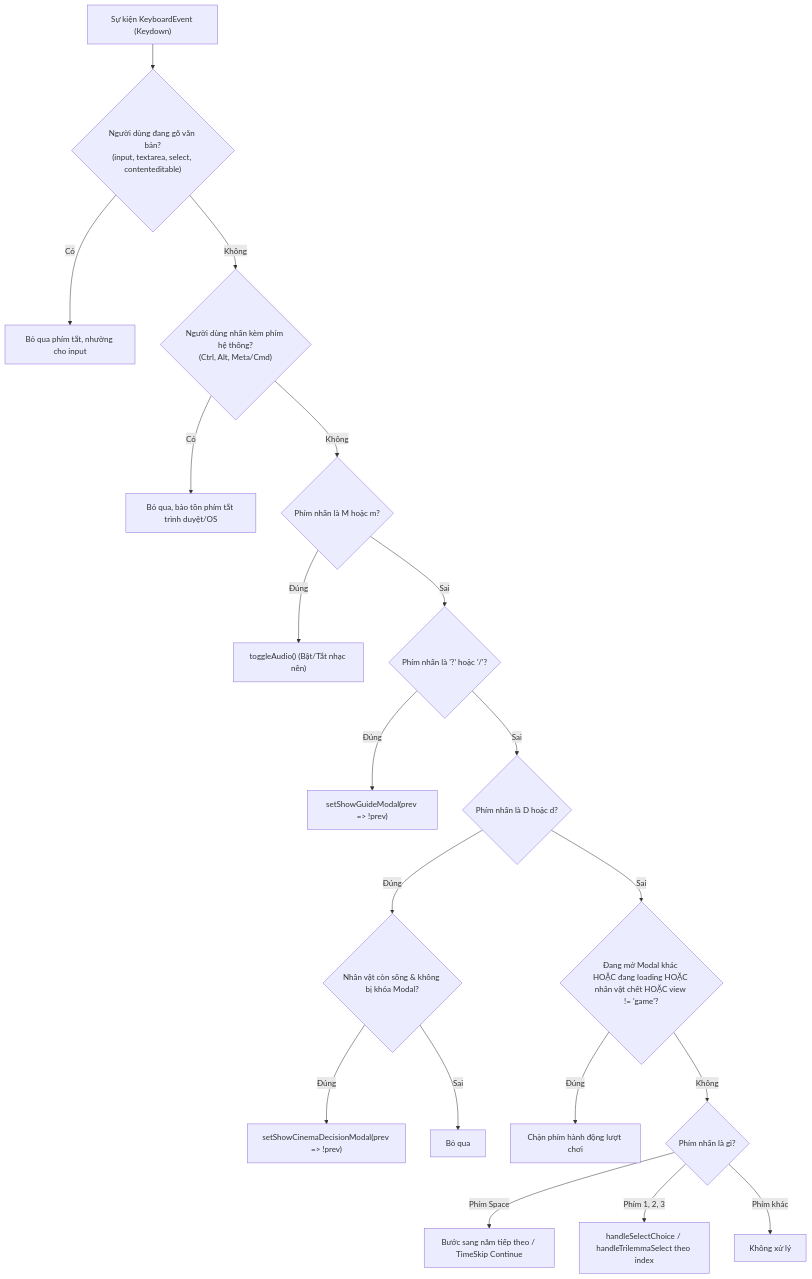
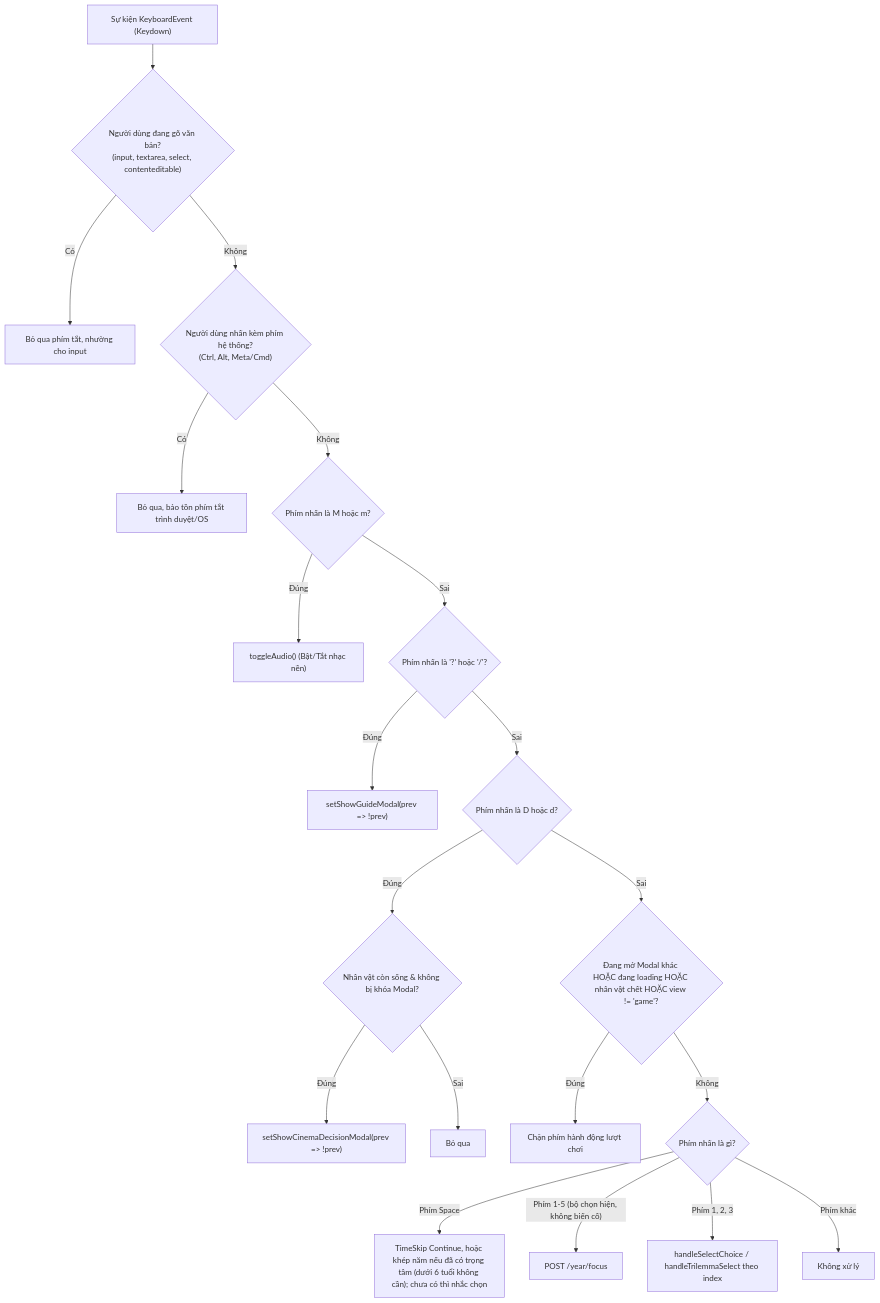
Before and after one commit to davidngo242/lifegraph: the first of 2 diagrams in docs/keyboard-controls.md, drawn with Mermaid. The commit also changed other lines of this file and 11 other files, not shown here.

First line of the commit message:
feat(ui): year rhythm focus picker, focus-driven life tree nodes, journal line

````diff
--- a/docs/keyboard-controls.md
+++ b/docs/keyboard-controls.md
@@ -38,27 +39,28 @@
 ```mermaid
 flowchart TD
     A["Sự kiện KeyboardEvent (Keydown)"] --> B{"Người dùng đang gõ văn bản?<br/>(input, textarea, select, contenteditable)"}
     B -- "Có" --> C["Bỏ qua phím tắt, nhường cho input"]
     B -- "Không" --> D{"Người dùng nhấn kèm phím hệ thống?<br/>(Ctrl, Alt, Meta/Cmd)"}
     
     D -- "Có" --> E["Bỏ qua, bảo tồn phím tắt trình duyệt/OS"]
     D -- "Không" --> F{"Phím nhấn là M hoặc m?"}
     
     F -- "Đúng" --> G["toggleAudio() (Bật/Tắt nhạc nền)"]
     F -- "Sai" --> H{"Phím nhấn là '?' hoặc '/'?"}
     
     H -- "Đúng" --> I["setShowGuideModal(prev => !prev)"]
     H -- "Sai" --> J{"Phím nhấn là D hoặc d?"}
     
     J -- "Đúng" --> K{"Nhân vật còn sống & không bị khóa Modal?"}
     K -- "Đúng" --> L["setShowCinemaDecisionModal(prev => !prev)"]
     K -- "Sai" --> M["Bỏ qua"]
     
     J -- "Sai" --> N{"Đang mở Modal khác HOẶC đang loading HOẶC nhân vật chết HOẶC view != 'game'?"}
     N -- "Đúng" --> O["Chặn phím hành động lượt chơi"]
     N -- "Không" --> P{"Phím nhấn là gì?"}
     
-    P -- "Phím Space" --> Q["Bước sang năm tiếp theo / TimeSkip Continue"]
+    P -- "Phím Space" --> Q["TimeSkip Continue, hoặc khép năm nếu đã có trọng tâm (dưới 6 tuổi không cần); chưa có thì nhắc chọn"]
+    P -- "Phím 1-5 (bộ chọn hiện, không biến cố)" --> R2["POST /year/focus"]
     P -- "Phím 1, 2, 3" --> R["handleSelectChoice / handleTrilemmaSelect theo index"]
     P -- "Phím khác" --> S["Không xử lý"]
 ```
````
